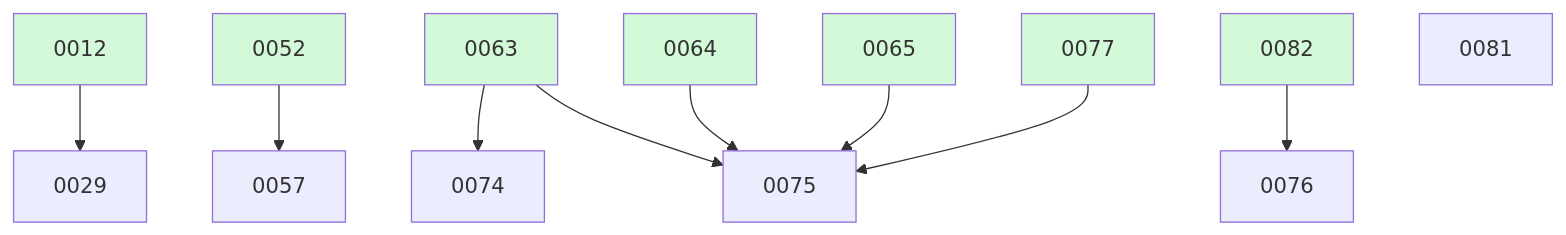
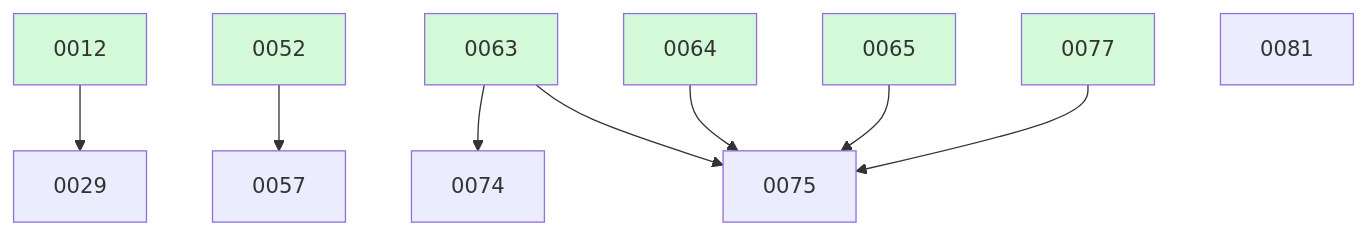
Before and after one commit to ethanhinson/fuse: the diagram in docs/changes/BOARD.md, drawn with Mermaid. The commit also changed other lines of this file, not shown here.

````diff
--- a/docs/changes/BOARD.md
+++ b/docs/changes/BOARD.md
@@ -26,20 +25,18 @@
 ```mermaid
 graph TD
   0012 --> 0029
   0052 --> 0057
   0063 --> 0074
   0063 --> 0075
   0064 --> 0075
   0065 --> 0075
   0077 --> 0075
-  0082 --> 0076
   0081
   0012:::done
   0052:::done
   0063:::done
   0064:::done
   0065:::done
   0077:::done
-  0082:::done
   classDef done fill:#d3f9d8;
 ```
````
